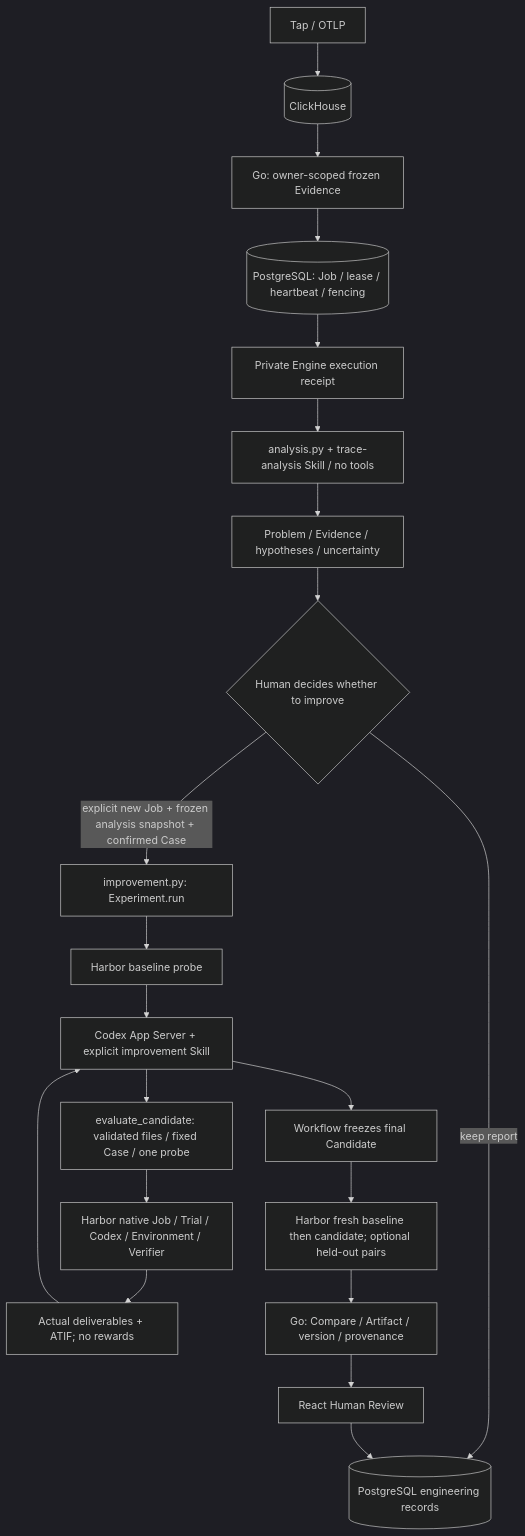
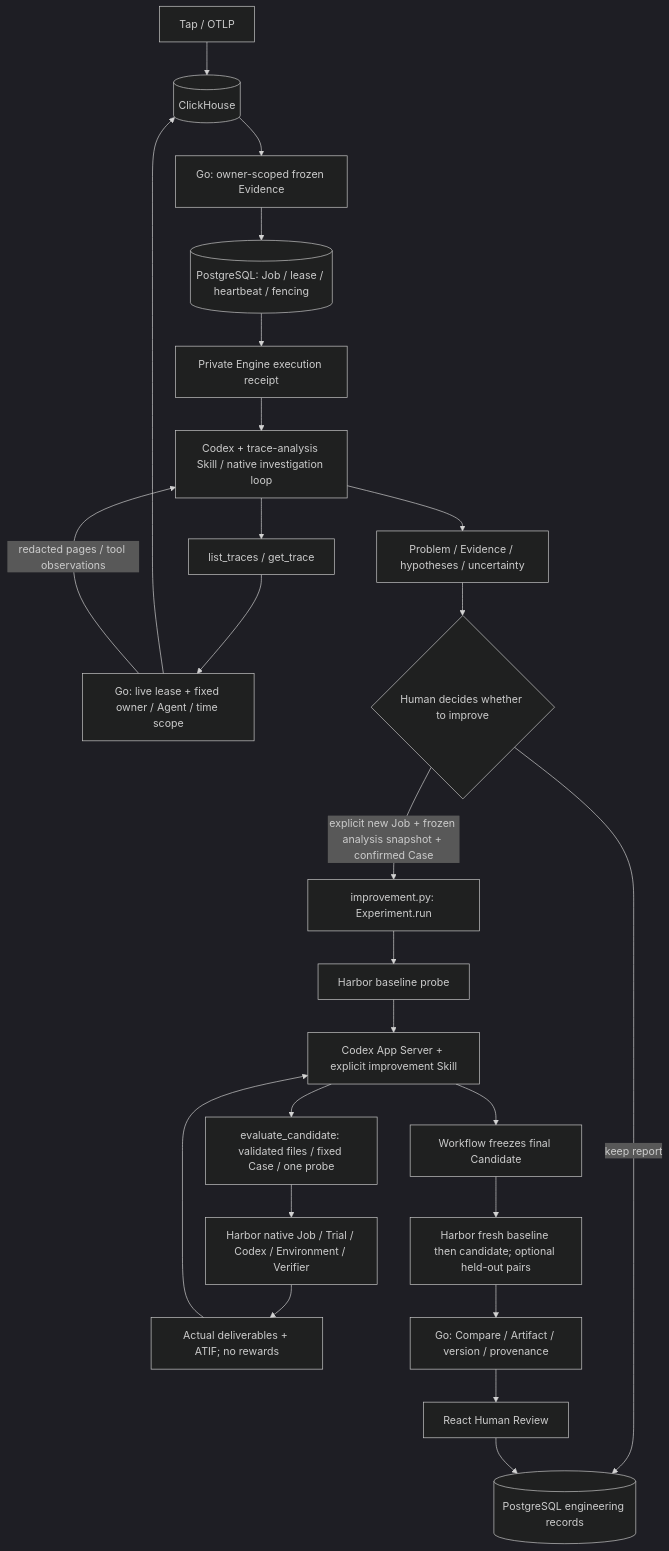
Before and after one commit to fightheyyy/CATENA: the diagram in docs/ARCHITECTURE.md, drawn with Mermaid (dark theme). The commit also changed other lines of this file and 21 other files, not shown here.

Commit message:
feat: investigate traces through bounded Codex query tools

````diff
--- a/docs/ARCHITECTURE.md
+++ b/docs/ARCHITECTURE.md
@@ -6,23 +6,27 @@
 ```mermaid
 flowchart TD
     Trace[Tap / OTLP] --> CH[(ClickHouse)]
     CH --> Go[Go: owner-scoped frozen Evidence]
     Go --> Queue[(PostgreSQL: Job / lease / heartbeat / fencing)]
     Queue --> Receipt[Private Engine execution receipt]
-    Receipt --> Analyze[analysis.py + trace-analysis Skill / no tools]
+    Receipt --> Analyze[Codex + trace-analysis Skill / native investigation loop]
+    Analyze --> Query[list_traces / get_trace]
+    Query --> Gate[Go: live lease + fixed owner / Agent / time scope]
+    Gate --> CH
+    Gate -->|redacted pages / tool observations| Analyze
     Analyze --> Report[Problem / Evidence / hypotheses / uncertainty]
     Report --> Decision{Human decides whether to improve}
     Decision -->|keep report| Records
     Decision -->|explicit new Job + frozen analysis snapshot + confirmed Case| Workflow[improvement.py: Experiment.run]
     Workflow --> Base[Harbor baseline probe]
     Base --> Agent[Codex App Server + explicit improvement Skill]
     Agent --> Tool[evaluate_candidate: validated files / fixed Case / one probe]
     Tool --> Probe[Harbor native Job / Trial / Codex / Environment / Verifier]
     Probe --> Observation[Actual deliverables + ATIF; no rewards]
     Observation --> Agent
     Agent --> Freeze[Workflow freezes final Candidate]
     Freeze --> Pair[Harbor fresh baseline then candidate; optional held-out pairs]
     Pair --> Persist[Go: Compare / Artifact / version / provenance]
     Persist --> Review[React Human Review]
     Review --> Records[(PostgreSQL engineering records)]
 ```
````
